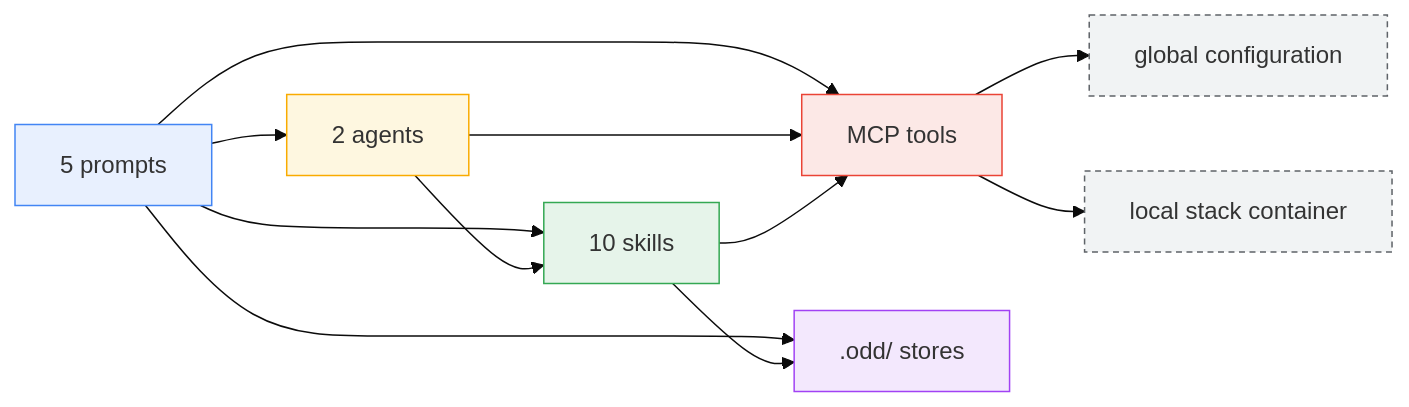
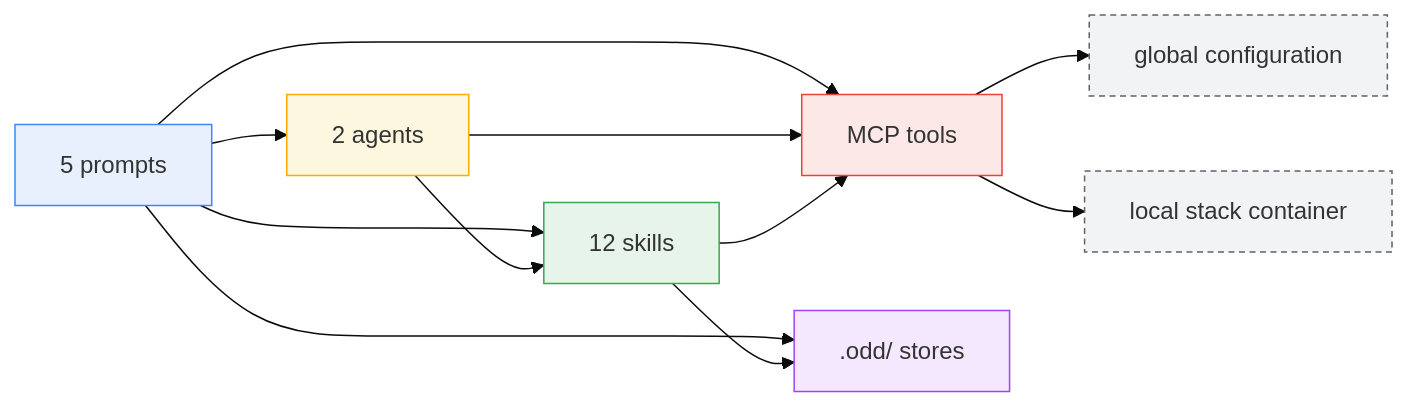
Before and after one commit to using-system/oddyssey: the sixth of 6 diagrams in docs/guide/dependencies.md, drawn with Mermaid (base theme). The commit also changed other lines of this file and 7 other files, not shown here.

````diff
--- a/docs/guide/dependencies.md
+++ b/docs/guide/dependencies.md
@@ -414,26 +437,26 @@
 ```mermaid
 flowchart LR
   P[5 prompts] --> A[2 agents]
-  P --> S[10 skills]
+  P --> S[12 skills]
   A --> S
   P --> M[MCP tools]
   A --> M
   S --> M
   P --> D[".odd/ stores"]
   S --> D
   M --> C["global configuration"]
   M --> K["local stack container"]
 
   classDef prompt fill:#e8f0fe,stroke:#4285f4
   classDef agent fill:#fef7e0,stroke:#f9ab00
   classDef skill fill:#e6f4ea,stroke:#34a853
   classDef mcp fill:#fce8e6,stroke:#ea4335
   classDef store fill:#f3e8fd,stroke:#a142f4
   classDef state fill:#f1f3f4,stroke:#5f6368,stroke-dasharray: 4 3
   class P prompt
   class A agent
   class S skill
   class M mcp
   class D store
   class C,K state
 ```
````
